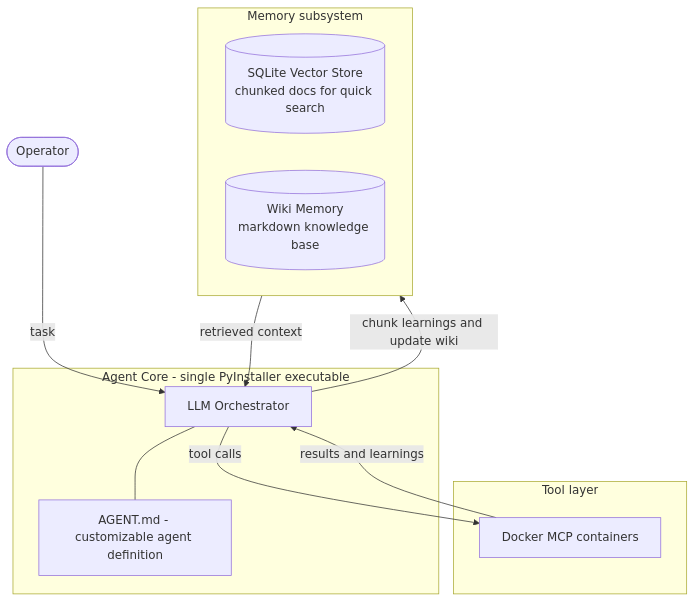
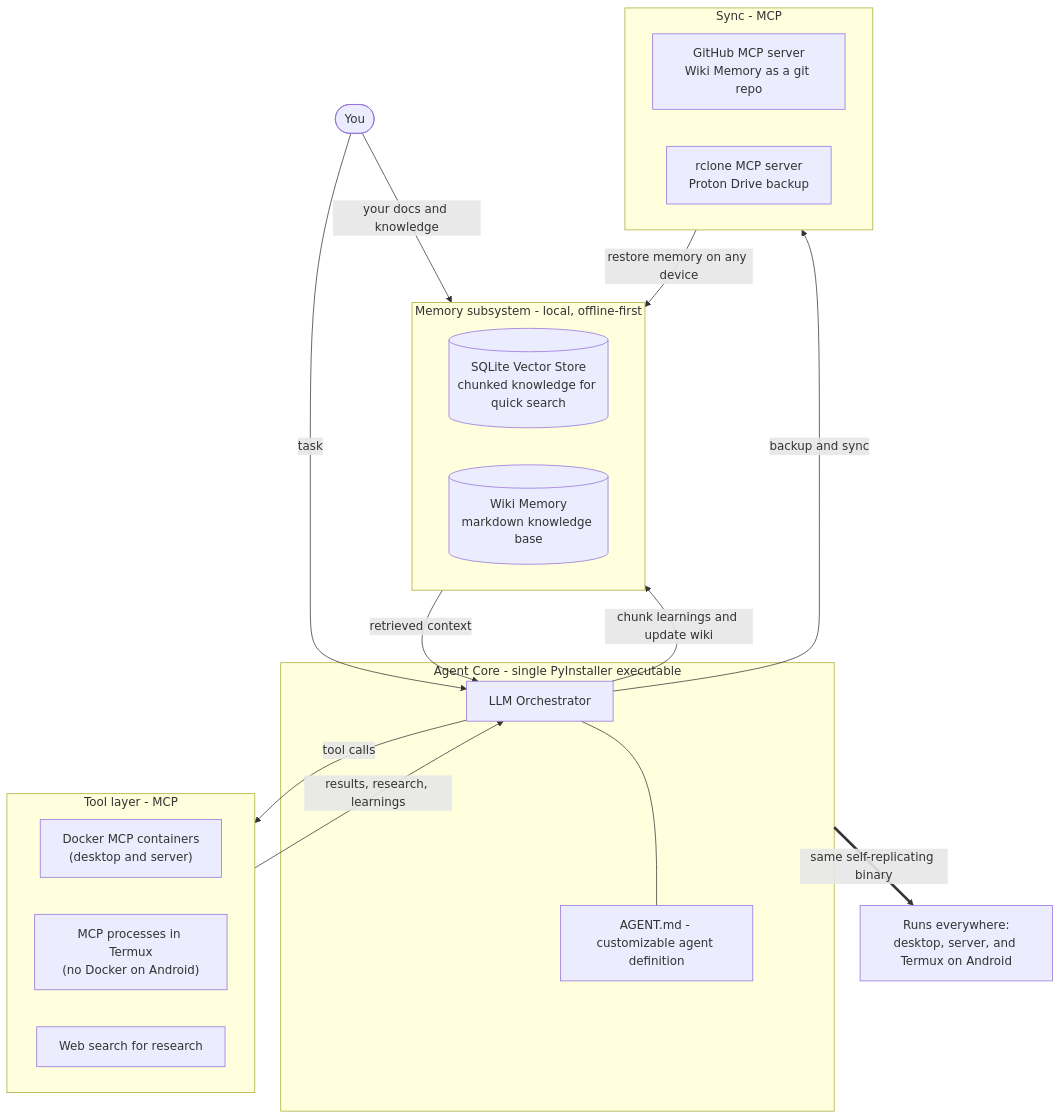
The diagram in README.md (decyphertek-io/DeCypherTek.ai), drawn with Mermaid before and after one commit. The commit also changed other lines of this file, not shown here.

Commit message:
docs: reframe as customizable agent, add Termux-first Android, sync, and install guide

````diff
--- a/README.md
+++ b/README.md
@@ -29,23 +37,34 @@
 ```mermaid
 flowchart TB
     subgraph Core["Agent Core - single PyInstaller executable"]
         Orchestrator["LLM Orchestrator"]
         AgentDef["AGENT.md - customizable agent definition"]
         Orchestrator --- AgentDef
     end
 
-    subgraph Memory["Memory subsystem"]
-        Vector[("SQLite Vector Store<br/>chunked docs for quick search")]
+    subgraph Memory["Memory subsystem - local, offline-first"]
+        Vector[("SQLite Vector Store<br/>chunked knowledge for quick search")]
         Wiki[("Wiki Memory<br/>markdown knowledge base")]
     end
 
-    subgraph Tools["Tool layer"]
-        MCP["Docker MCP containers"]
+    subgraph Tools["Tool layer - MCP"]
+        Docker["Docker MCP containers<br/>(desktop and server)"]
+        Native["MCP processes in Termux<br/>(no Docker on Android)"]
+        Web["Web search for research"]
     end
 
-    Operator([Operator]) -->|task| Orchestrator
+    subgraph Sync["Sync - MCP"]
+        Ghsync["GitHub MCP server<br/>Wiki Memory as a git repo"]
+        Rclone["rclone MCP server<br/>Proton Drive backup"]
+    end
+
+    You([You]) -->|task| Orchestrator
+    You -->|your docs and knowledge| Memory
     Memory -->|retrieved context| Orchestrator
     Orchestrator -->|chunk learnings and update wiki| Memory
-    Orchestrator -->|tool calls| MCP
-    MCP -->|results and learnings| Orchestrator
+    Orchestrator -->|tool calls| Tools
+    Tools -->|results, research, learnings| Orchestrator
+    Orchestrator -->|backup and sync| Sync
+    Sync -->|restore memory on any device| Memory
+    Core ==>|same self-replicating binary| Deploy["Runs everywhere:<br/>desktop, server, and Termux on Android"]
 ```
````
